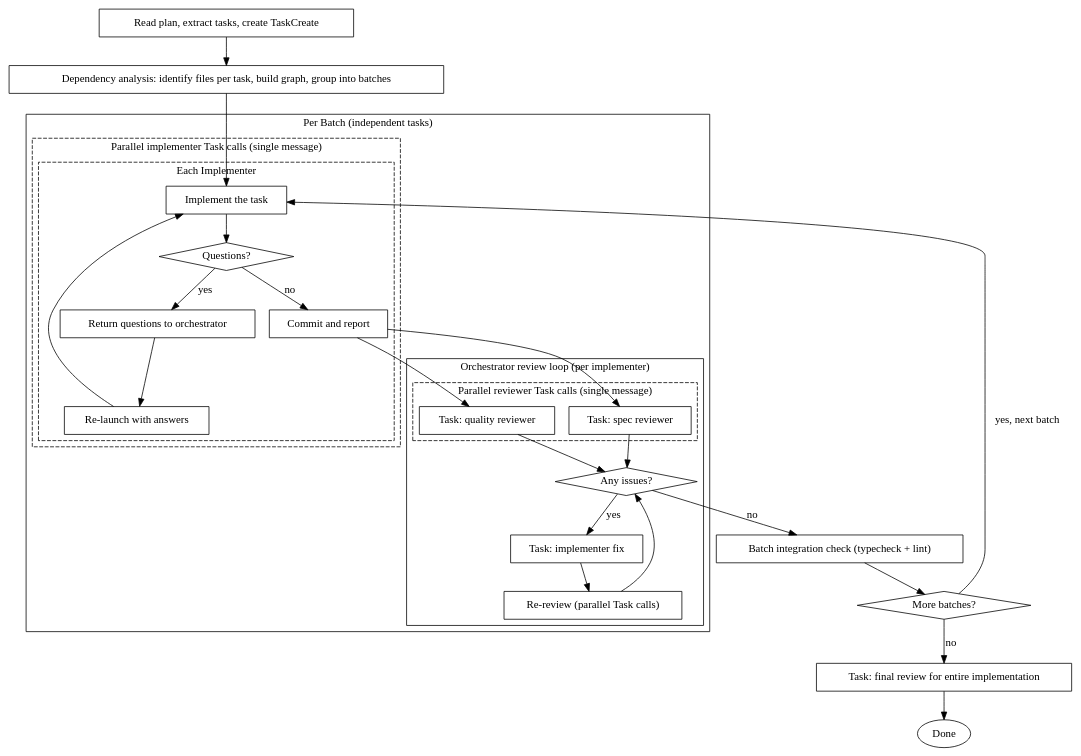
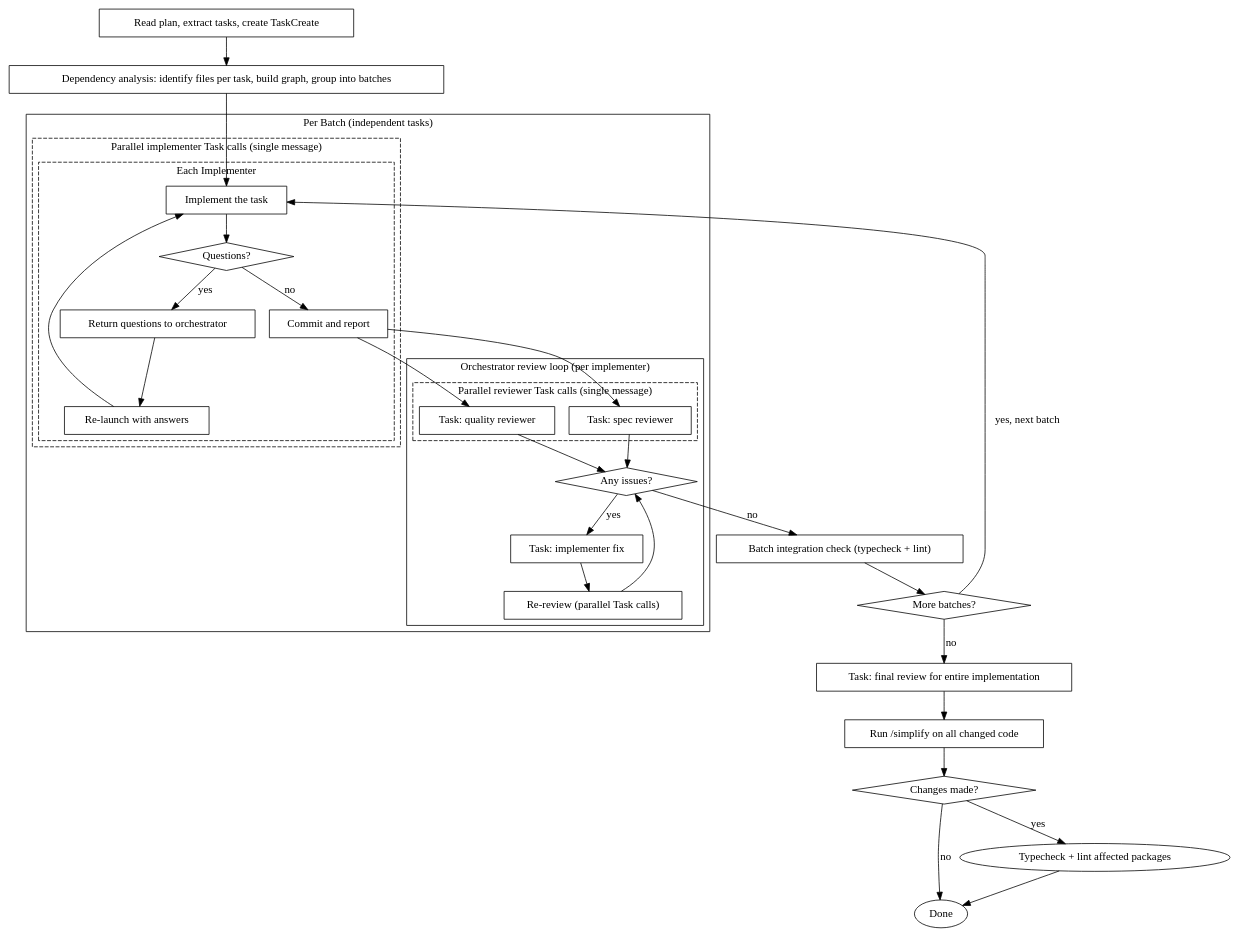
Before and after one commit to kslhunter/simplysm: the second of 2 diagrams in .claude/skills/sd-plan-dev/SKILL.md, drawn with Graphviz. The commit also changed other lines of this file, not shown here.

First line of the commit message:
feat(skill): add /simplify step to sd-plan-dev workflow

````diff
--- a/.claude/skills/sd-plan-dev/SKILL.md
+++ b/.claude/skills/sd-plan-dev/SKILL.md
@@ -44,66 +44,73 @@
 ```dot
 digraph process {
     rankdir=TB;
 
     "Read plan, extract tasks, create TaskCreate" [shape=box];
     "Dependency analysis: identify files per task, build graph, group into batches" [shape=box];
 
     subgraph cluster_batch {
         label="Per Batch (independent tasks)";
 
         subgraph cluster_parallel_implementers {
             label="Parallel implementer Task calls (single message)";
             style=dashed;
 
             subgraph cluster_implementer {
                 label="Each Implementer";
                 "Implement the task" [shape=box];
                 "Questions?" [shape=diamond];
                 "Return questions to orchestrator" [shape=box];
                 "Re-launch with answers" [shape=box];
                 "Commit and report" [shape=box];
             }
         }
 
         subgraph cluster_review {
             label="Orchestrator review loop (per implementer)";
 
             subgraph cluster_parallel_reviewers {
                 label="Parallel reviewer Task calls (single message)";
                 style=dashed;
                 "Task: spec reviewer" [shape=box];
                 "Task: quality reviewer" [shape=box];
             }
 
             "Any issues?" [shape=diamond];
             "Task: implementer fix" [shape=box];
             "Re-review (parallel Task calls)" [shape=box];
         }
     }
 
     "More batches?" [shape=diamond];
     "Batch integration check (typecheck + lint)" [shape=box];
     "Task: final review for entire implementation" [shape=box];
     "Done" [shape=ellipse];
 
     "Read plan, extract tasks, create TaskCreate" -> "Dependency analysis: identify files per task, build graph, group into batches";
     "Dependency analysis: identify files per task, build graph, group into batches" -> "Implement the task";
     "Implement the task" -> "Questions?";
     "Questions?" -> "Return questions to orchestrator" [label="yes"];
     "Return questions to orchestrator" -> "Re-launch with answers";
     "Re-launch with answers" -> "Implement the task";
     "Questions?" -> "Commit and report" [label="no"];
     "Commit and report" -> "Task: spec reviewer";
     "Commit and report" -> "Task: quality reviewer";
     "Task: spec reviewer" -> "Any issues?";
     "Task: quality reviewer" -> "Any issues?";
     "Any issues?" -> "Task: implementer fix" [label="yes"];
     "Task: implementer fix" -> "Re-review (parallel Task calls)";
     "Re-review (parallel Task calls)" -> "Any issues?";
     "Any issues?" -> "Batch integration check (typecheck + lint)" [label="no"];
     "Batch integration check (typecheck + lint)" -> "More batches?";
     "More batches?" -> "Implement the task" [label="yes, next batch"];
     "More batches?" -> "Task: final review for entire implementation" [label="no"];
-    "Task: final review for entire implementation" -> "Done";
+    "Run /simplify on all changed code" [shape=box];
+    "Changes made?" [shape=diamond];
+
+    "Task: final review for entire implementation" -> "Run /simplify on all changed code";
+    "Run /simplify on all changed code" -> "Changes made?";
+    "Changes made?" -> "Typecheck + lint affected packages" [label="yes"];
+    "Typecheck + lint affected packages" -> "Done";
+    "Changes made?" -> "Done" [label="no"];
 }
 ```
````
